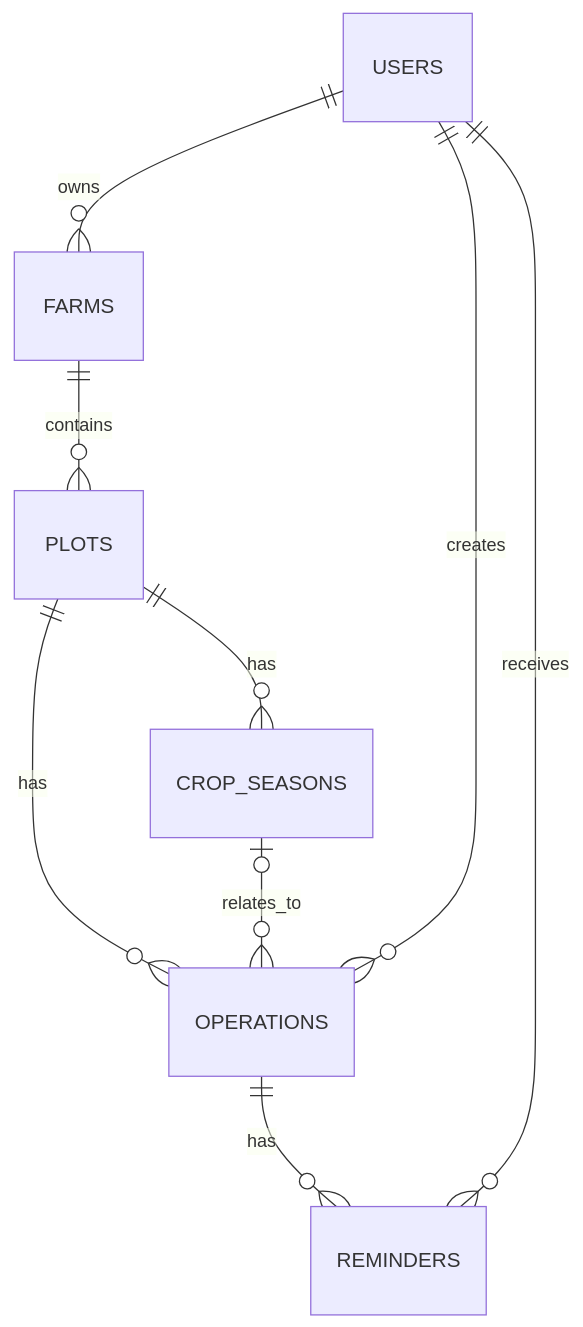
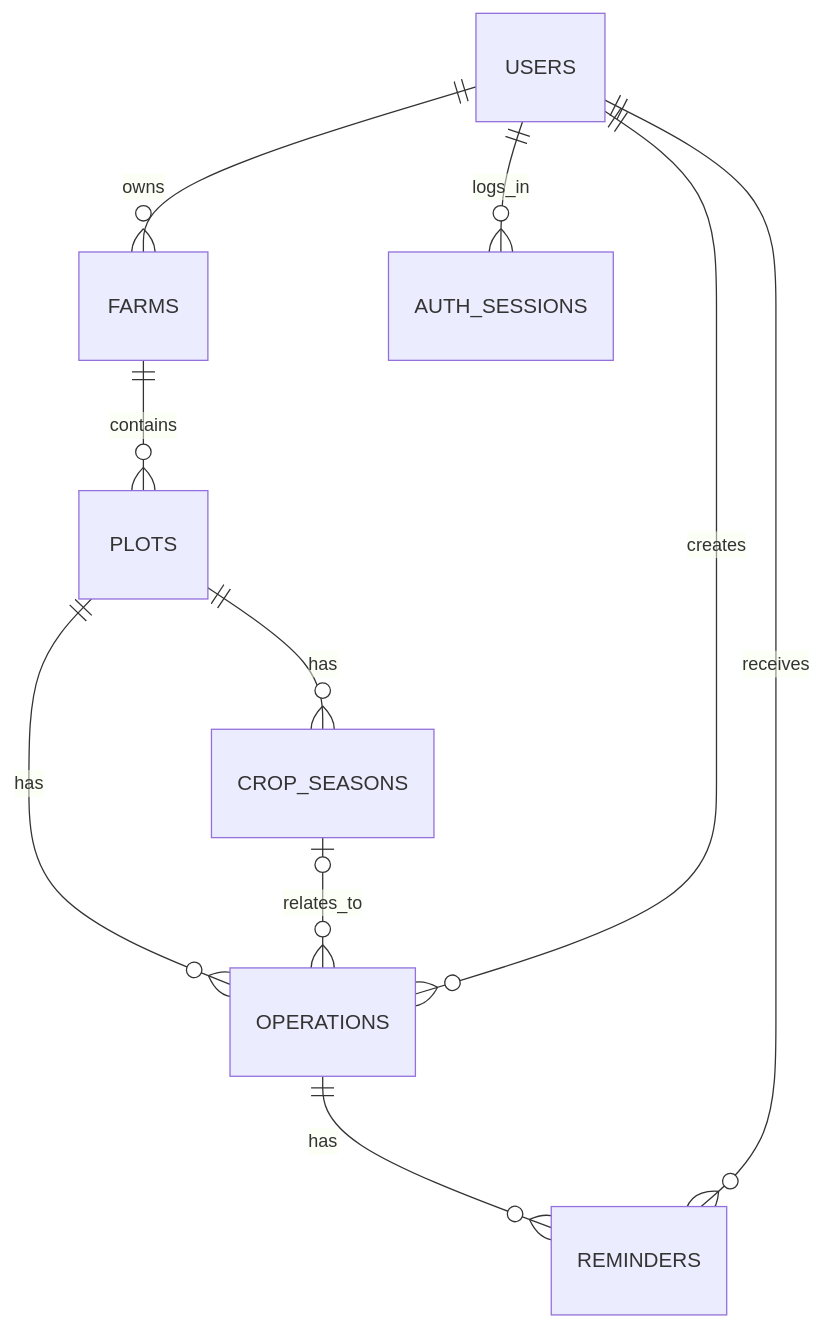
One commit to sepehrebra/mc__daneld changed the diagram in DESIGN.md. Above: the diagram before and after it, drawn with Mermaid. The commit also changed other lines of this file and 10 other files, not shown here.

````diff
--- a/DESIGN.md
+++ b/DESIGN.md
@@ -83,11 +91,12 @@
 ```mermaid
 erDiagram
   USERS ||--o{ FARMS : owns
+  USERS ||--o{ AUTH_SESSIONS : logs_in
   FARMS ||--o{ PLOTS : contains
   PLOTS ||--o{ CROP_SEASONS : has
   PLOTS ||--o{ OPERATIONS : has
   CROP_SEASONS o|--o{ OPERATIONS : relates_to
   USERS ||--o{ OPERATIONS : creates
   OPERATIONS ||--o{ REMINDERS : has
   USERS ||--o{ REMINDERS : receives
 ```
````
